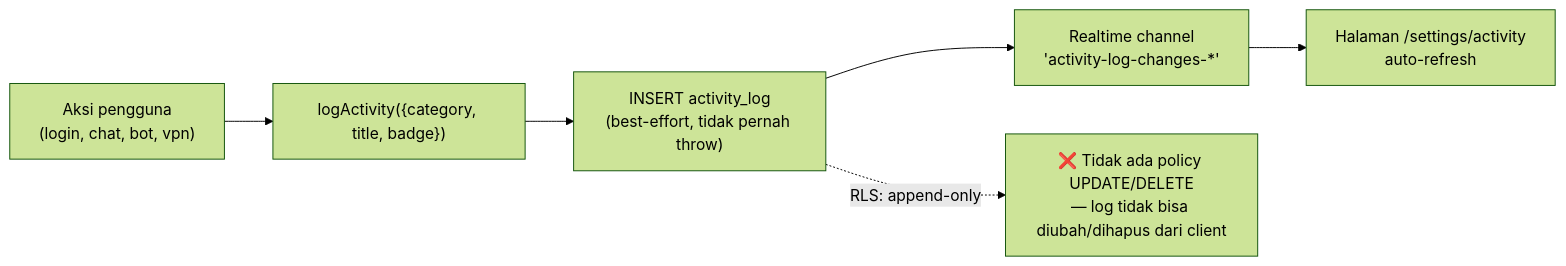
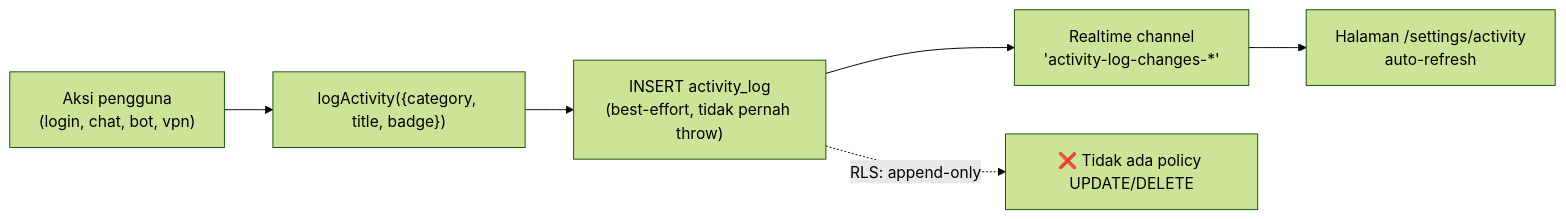
Diagram 13 of 15 in docs/diagram-alur.md (Khoirul-Yardan/PROJECT-MOBILE-APP), drawn with Mermaid (forest theme) before and after one commit. The commit also changed other lines of this file and 42 other files, not shown here.

````diff
--- a/docs/diagram-alur.md
+++ b/docs/diagram-alur.md
@@ -449,8 +615,8 @@
 ```mermaid
 flowchart LR
     Action["Aksi pengguna\n(login, chat, bot, vpn)"] --> LogCall["logActivity({category, title, badge})"]
     LogCall --> Insert["INSERT activity_log\n(best-effort, tidak pernah throw)"]
     Insert --> RT["Realtime channel\n'activity-log-changes-*'"]
     RT --> ViewUpdate["Halaman /settings/activity\nauto-refresh"]
-    Insert -.->|RLS: append-only| NoUpdate["❌ Tidak ada policy UPDATE/DELETE\n— log tidak bisa diubah/dihapus dari client"]
+    Insert -.->|RLS: append-only| NoUpdate["❌ Tidak ada policy UPDATE/DELETE"]
 ```
````
